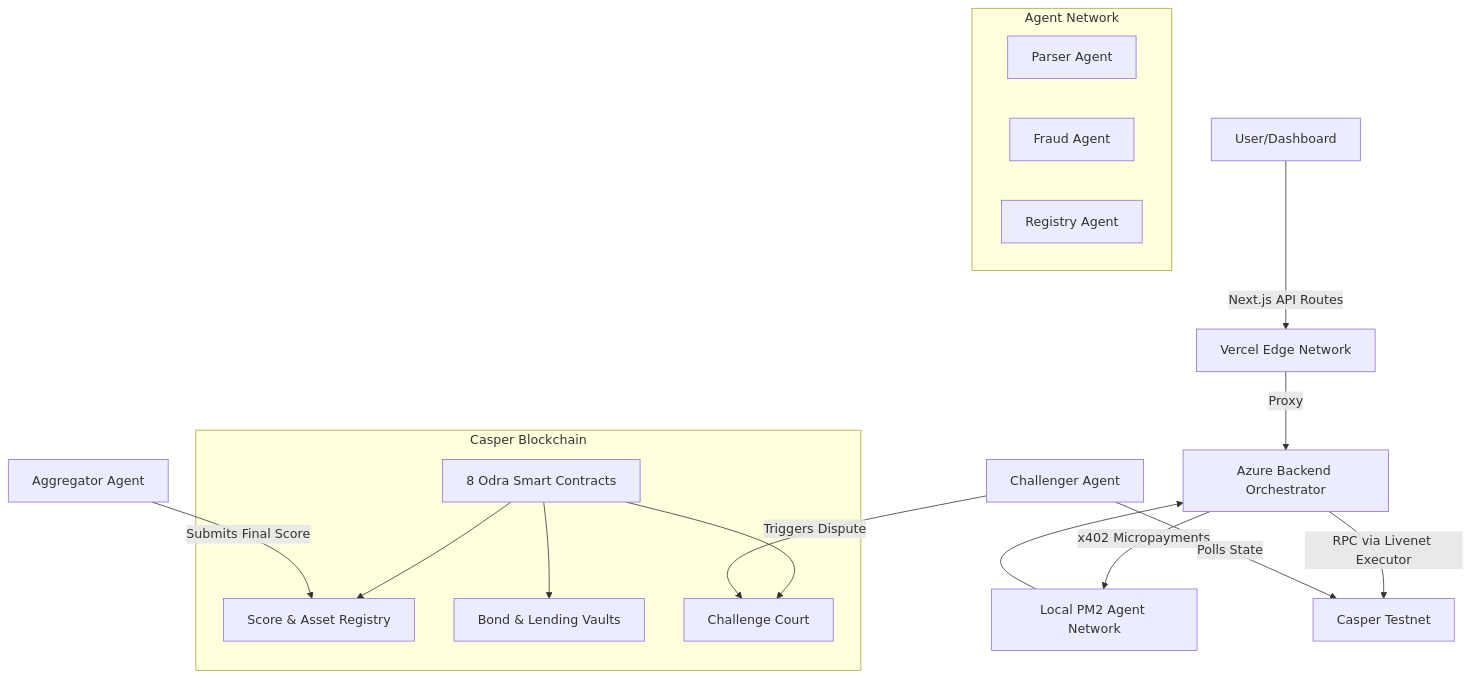
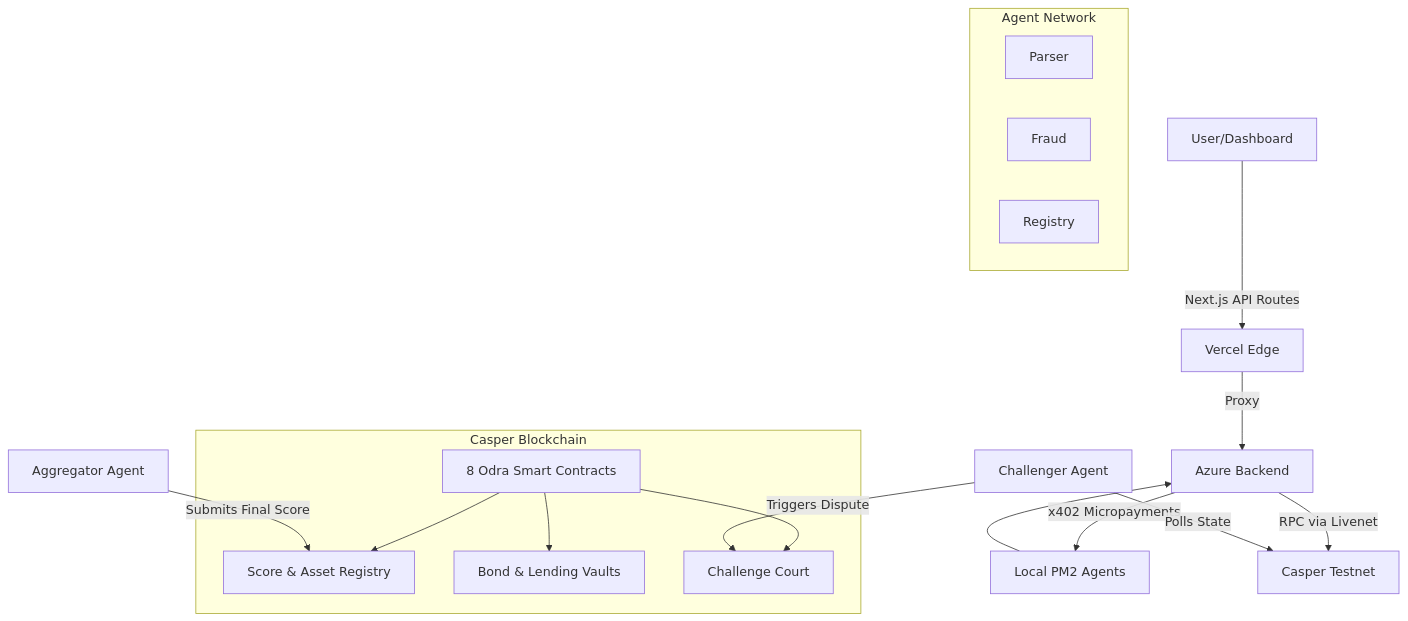
Before and after one commit to ROHANROOSWELT/Wardens-Protocol: the diagram in README.md, drawn with Mermaid. The commit also changed other lines of this file, not shown here.

````diff
--- a/README.md
+++ b/README.md
@@ -48,32 +90,30 @@
 ```mermaid
 graph TD
-    Client[User/Dashboard] -->|Next.js API Routes| UI[Vercel Edge Network]
-    UI -->|Proxy| Backend[Azure Backend Orchestrator]
-    
-    Backend -->|x402 Micropayments| AgentNet[Local PM2 Agent Network]
+    Client[User/Dashboard] -->|Next.js API Routes| UI[Vercel Edge]
+    UI -->|Proxy| Backend[Azure Backend]
+    Backend -->|x402 Micropayments| AgentNet[Local PM2 Agents]
     
     subgraph Agent Network
-        Parser[Parser Agent]
-        Fraud[Fraud Agent]
-        Registry[Registry Agent]
+        Parser[Parser]
+        Fraud[Fraud]
+        Registry[Registry]
     end
     
     AgentNet --> Backend
-    
-    Backend -->|RPC via Livenet Executor| Casper[Casper Testnet]
+    Backend -->|RPC via Livenet| Casper[Casper Testnet]
     
     subgraph Casper Blockchain
         Contracts[8 Odra Smart Contracts]
         RegistrySC[Score & Asset Registry]
         Vaults[Bond & Lending Vaults]
         Court[Challenge Court]
         
         Contracts --> RegistrySC
         Contracts --> Vaults
         Contracts --> Court
     end
     
     Challenger[Challenger Agent] -->|Polls State| Casper
     Challenger -->|Triggers Dispute| Court
     Aggregator[Aggregator Agent] -->|Submits Final Score| RegistrySC
 ```
````
